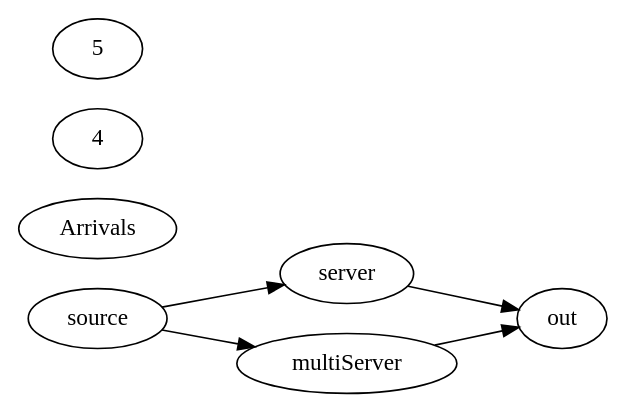
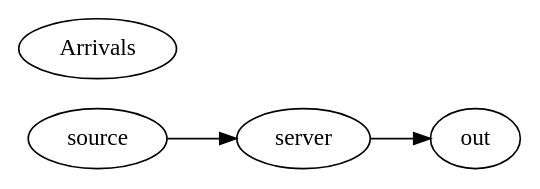
Before and after one commit to marcelats/helloworldweb: the diagram in graph.gv, drawn with Graphviz. The commit also changed 13 other files, not shown here.

```diff
--- a/graph.gv
+++ b/graph.gv
@@ -1,12 +1,9 @@
 digraph untitled {
-    comment=" 12 0 23 34 fechado True 45 0 " rankdir=LR
-    0 [label=server comment=" 2 0 0 15 16 1 true false 24 34 32 89 98"]
-    1 [label=multiServer comment=" 2 0 0 17 18 5 false true 34 43 65 90 80 "]
-    2 [label=source comment=1]
-    3 [label=out comment=3]
-    0 -> 3 [comment=50]
-    1 -> 3 [comment=40]
-    2 -> 0 [comment=30]
-    2 -> 1 [comment=20]
-    Arrivals 3 1 1 0 2 3 1 4 5 0  
+    comment=" 1 0 1 1 aberto False 0 0 " rankdir=LR
+    0 [label=server comment=" 2 1 1 1 1 1 false false 1 1 0 0 "]
+    1 [label=source comment=1]
+    2 [label=out comment=3]
+    0 -> 2 [comment=1]
+    1 -> 0 [comment=1]
+Arrivals 1 1 1 0 
 }
```
